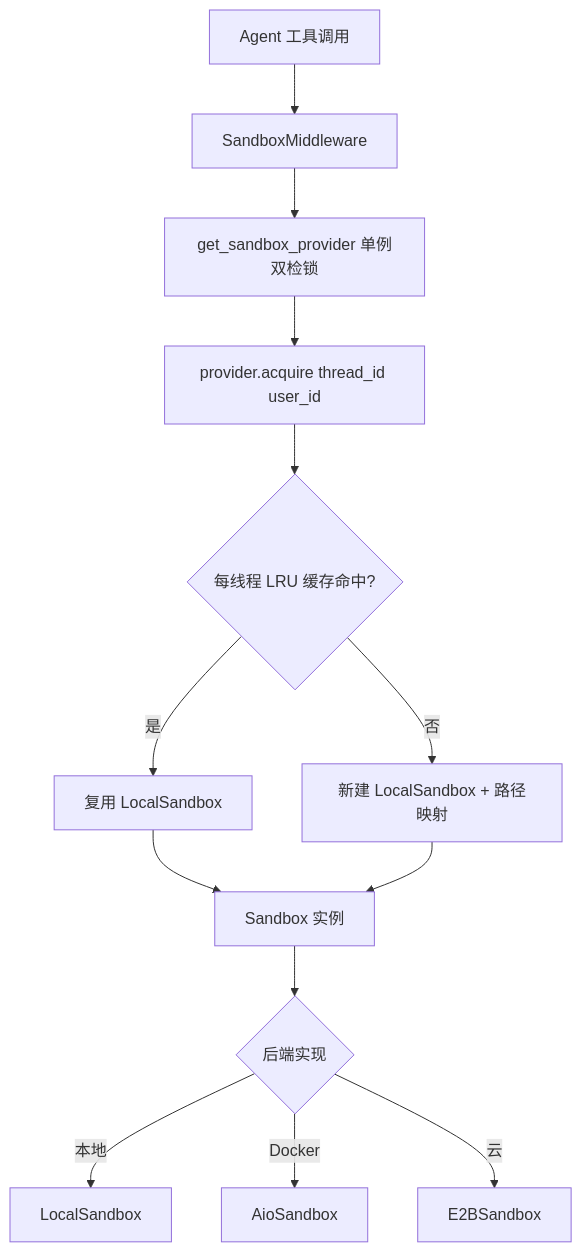
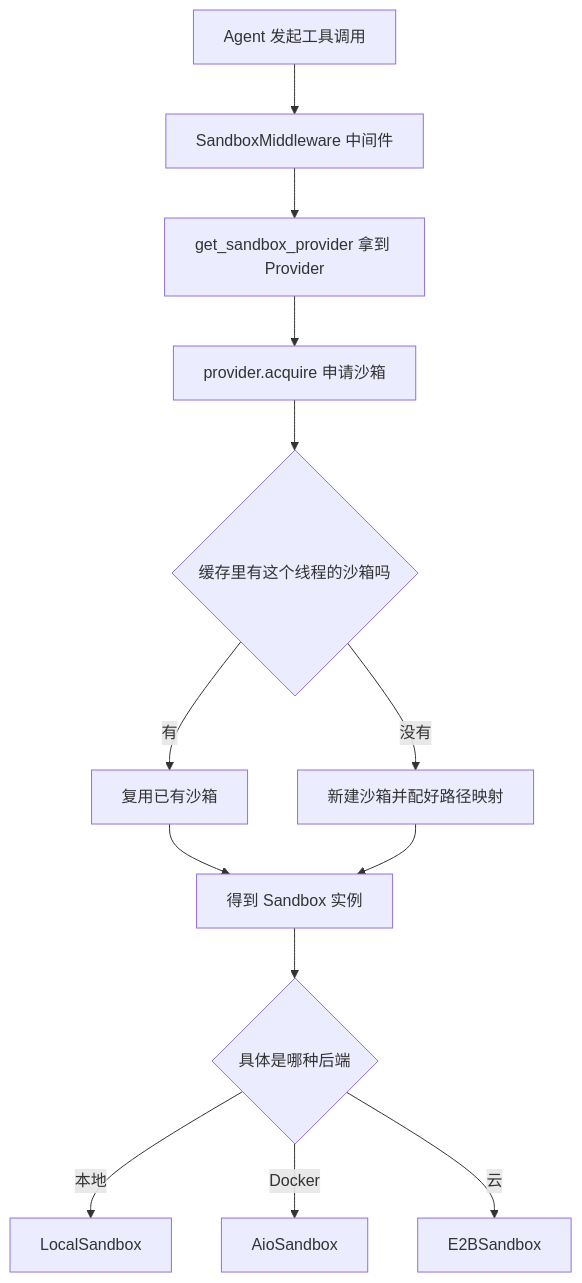
Before and after one commit to FFForeverCode/deer-flow: the first of 2 diagrams in study/DeerFlow-沙箱系统设计-深度讲解.md, drawn with Mermaid. The commit also changed other lines of this file and 1 other file, not shown here.

````diff
--- a/study/DeerFlow-沙箱系统设计-深度讲解.md
+++ b/study/DeerFlow-沙箱系统设计-深度讲解.md
@@ -80,15 +208,15 @@
 ```mermaid
 graph TB
-    Agent[Agent 工具调用] --> MW[SandboxMiddleware]
-    MW --> Prov[get_sandbox_provider 单例双检锁]
-    Prov --> Acq[provider.acquire thread_id user_id]
-    Acq --> Cache{每线程 LRU 缓存命中?}
-    Cache -->|是| Reuse[复用 LocalSandbox]
-    Cache -->|否| Build[新建 LocalSandbox + 路径映射]
-    Reuse --> SB[Sandbox 实例]
+    Agent[Agent 发起工具调用] --> MW[SandboxMiddleware 中间件]
+    MW --> Prov[get_sandbox_provider 拿到 Provider]
+    Prov --> Acq[provider.acquire 申请沙箱]
+    Acq --> Cache{缓存里有这个线程的沙箱吗}
+    Cache -->|有| Reuse[复用已有沙箱]
+    Cache -->|没有| Build[新建沙箱并配好路径映射]
+    Reuse --> SB[得到 Sandbox 实例]
     Build --> SB
-    SB --> Impl{后端实现}
+    SB --> Impl{具体是哪种后端}
     Impl -->|本地| Local[LocalSandbox]
     Impl -->|Docker| AIO[AioSandbox]
     Impl -->|云| E2B[E2BSandbox]
 ```
````
